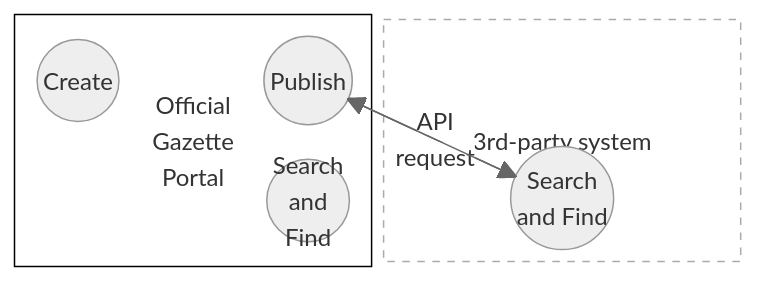
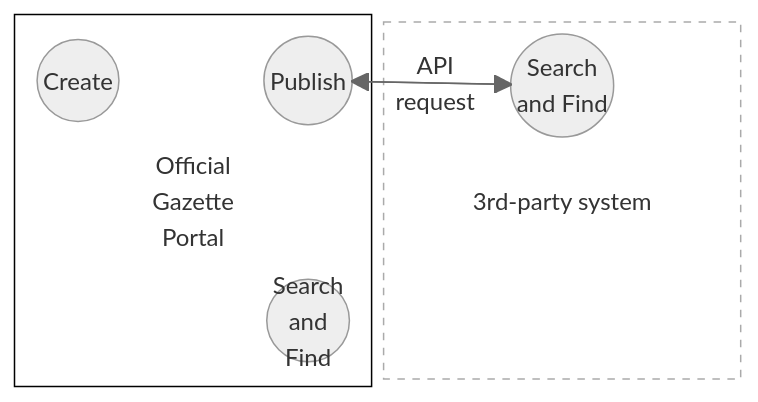
Before and after one commit to officialgazette/big-picture: the third of 3 diagrams in README.md, drawn with Mermaid. The commit also changed other lines of this file, not shown here.

````diff
--- a/README.md
+++ b/README.md
@@ -90,48 +92,49 @@
 ```mermaid
 
 %%{
   init: {
     'theme': 'neutral'
   }
 }%%
 
 
 
 
 
 
 
 
 block-beta
 
 block:system["Official
 Gazette
 Portal"]
 columns 3
 
 create (("Create")) space
 
 publish (("Publish"))
 
-space:2
+space:5
 searchInt(("Search
 and
 Find"))
 
 end
 
 block:thirdparty["3rd-party system"]:1
-columns 3 space:4
+columns 3
+space
 search (("Search
 and Find"))
-
+space:7
 end
 
 search --"API
 request"--> publish
 publish-->search
 
 
 style thirdparty fill:#fff,stroke:#aaa,stroke-width:1px,stroke-dasharray: 5 5,color:#aaa
 style system fill:#fff,stroke:#000,stroke-width:1px,color:#000
 ```
````
